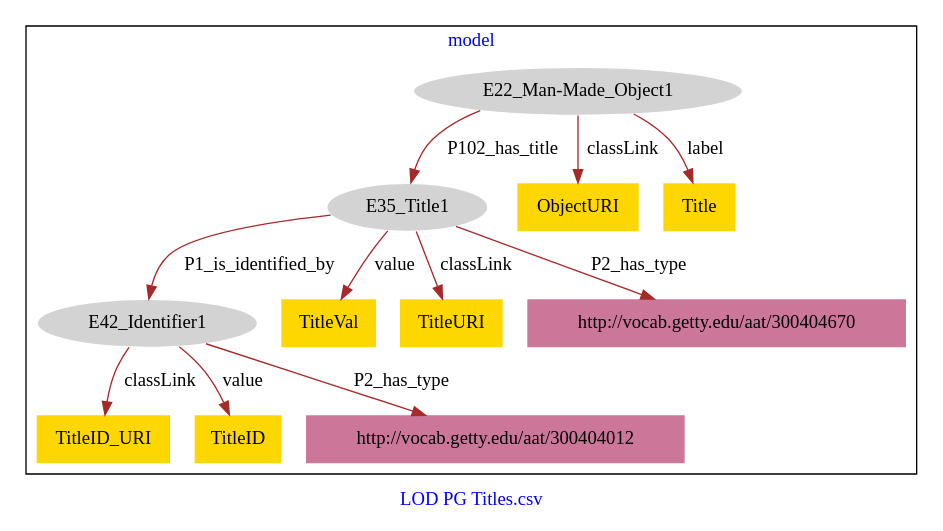
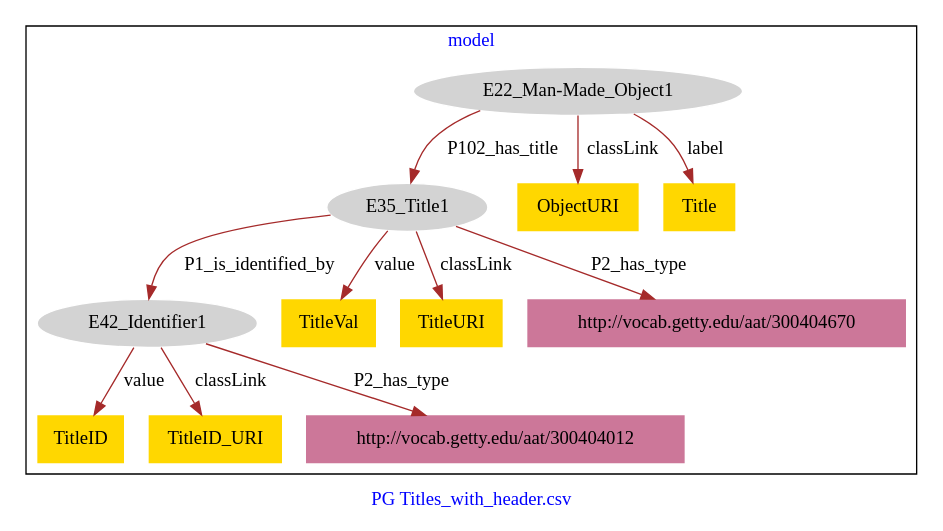
The diagram in PG_Titles/PG_Titles-model.dot (american-art/cbm), drawn with Graphviz before and after one commit.

Commit message:
Update file PG_Titles-model.dot

```diff
--- a/PG_Titles/PG_Titles-model.dot
+++ b/PG_Titles/PG_Titles-model.dot
@@ -1,29 +1,29 @@
 digraph n0 {
 fontcolor="blue"
 remincross="true"
-label="LOD PG Titles.csv"
+label="PG Titles_with_header.csv"
 subgraph cluster {
 label="model"
 n2[style="filled",color="white",fillcolor="lightgray",label="E22_Man-Made_Object1"];
 n3[style="filled",color="white",fillcolor="lightgray",label="E35_Title1"];
 n4[style="filled",color="white",fillcolor="lightgray",label="E42_Identifier1"];
-n5[shape="plaintext",style="filled",fillcolor="gold",label="TitleVal"];
-n6[shape="plaintext",style="filled",fillcolor="gold",label="ObjectURI"];
-n7[shape="plaintext",style="filled",fillcolor="gold",label="TitleID_URI"];
-n8[shape="plaintext",style="filled",fillcolor="gold",label="Title"];
-n9[shape="plaintext",style="filled",fillcolor="gold",label="TitleID"];
-n10[shape="plaintext",style="filled",fillcolor="gold",label="TitleURI"];
+n5[shape="plaintext",style="filled",fillcolor="gold",label="TitleID"];
+n6[shape="plaintext",style="filled",fillcolor="gold",label="TitleVal"];
+n7[shape="plaintext",style="filled",fillcolor="gold",label="TitleURI"];
+n8[shape="plaintext",style="filled",fillcolor="gold",label="ObjectURI"];
+n9[shape="plaintext",style="filled",fillcolor="gold",label="Title"];
+n10[shape="plaintext",style="filled",fillcolor="gold",label="TitleID_URI"];
 n11[shape="plaintext",style="filled",fillcolor="#CC7799",label="http://vocab.getty.edu/aat/300404012"];
 n12[shape="plaintext",style="filled",fillcolor="#CC7799",label="http://vocab.getty.edu/aat/300404670"];
 }
 n2 -> n3[color="brown",fontcolor="black",label="P102_has_title"]
 n3 -> n4[color="brown",fontcolor="black",label="P1_is_identified_by"]
-n3 -> n5[color="brown",fontcolor="black",label="value"]
-n2 -> n6[color="brown",fontcolor="black",label="classLink"]
-n4 -> n7[color="brown",fontcolor="black",label="classLink"]
-n2 -> n8[color="brown",fontcolor="black",label="label"]
-n4 -> n9[color="brown",fontcolor="black",label="value"]
-n3 -> n10[color="brown",fontcolor="black",label="classLink"]
+n4 -> n5[color="brown",fontcolor="black",label="value"]
+n3 -> n6[color="brown",fontcolor="black",label="value"]
+n3 -> n7[color="brown",fontcolor="black",label="classLink"]
+n2 -> n8[color="brown",fontcolor="black",label="classLink"]
+n2 -> n9[color="brown",fontcolor="black",label="label"]
+n4 -> n10[color="brown",fontcolor="black",label="classLink"]
 n4 -> n11[color="brown",fontcolor="black",label="P2_has_type"]
 n3 -> n12[color="brown",fontcolor="black",label="P2_has_type"]
 }
```
